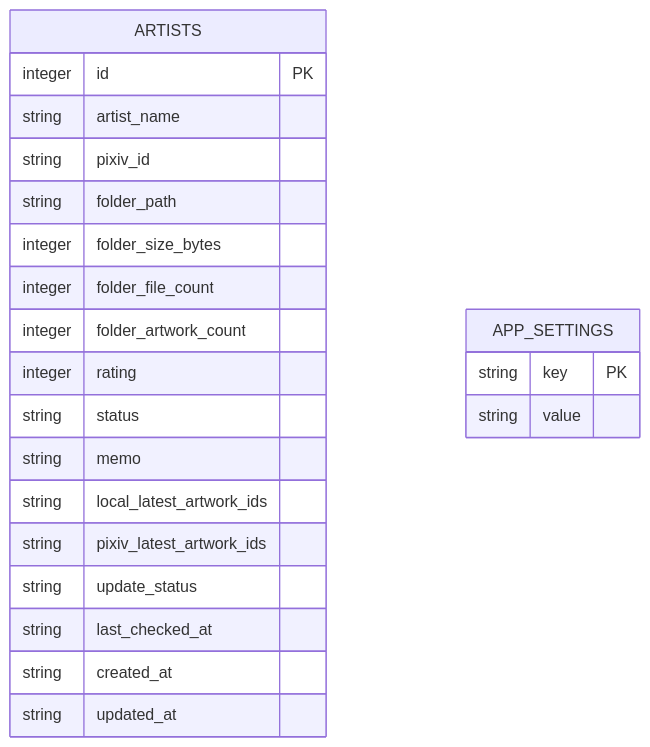
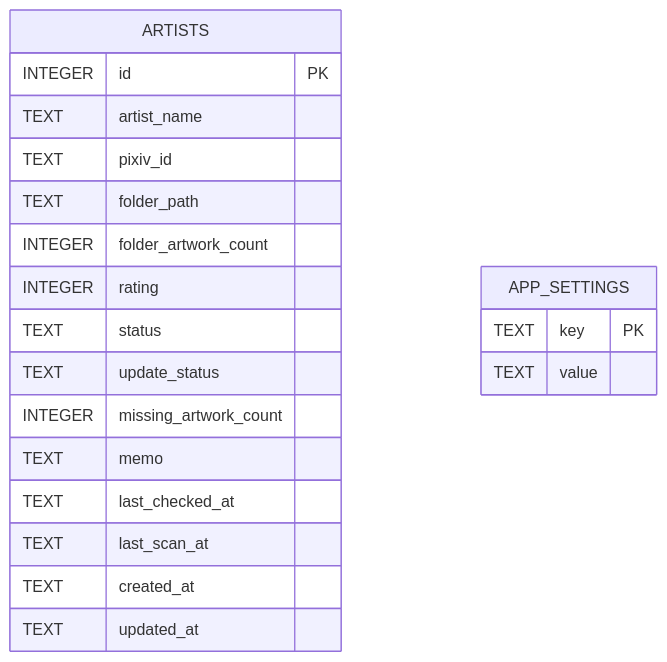
One commit to PKT0623/PixivLocalManager changed the first of 2 diagrams in docs/04_DATABASE.md. Above: the diagram before and after it, drawn with Mermaid. The commit also changed other lines of this file and 11 other files, not shown here.

````diff
--- a/docs/04_DATABASE.md
+++ b/docs/04_DATABASE.md
@@ -36,32 +42,34 @@
 ```mermaid
 erDiagram
 
 ARTISTS {
-    integer id PK
-    string artist_name
-    string pixiv_id
+    INTEGER id PK
 
-    string folder_path
-    integer folder_size_bytes
-    integer folder_file_count
-    integer folder_artwork_count
+    TEXT artist_name
+    TEXT pixiv_id
 
-    integer rating
-    string status
-    string memo
+    TEXT folder_path
 
-    string local_latest_artwork_ids
-    string pixiv_latest_artwork_ids
+    INTEGER folder_artwork_count
 
-    string update_status
-    string last_checked_at
+    INTEGER rating
 
-    string created_at
-    string updated_at
+    TEXT status
+    TEXT update_status
+
+    INTEGER missing_artwork_count
+
+    TEXT memo
+
+    TEXT last_checked_at
+    TEXT last_scan_at
+
+    TEXT created_at
+    TEXT updated_at
 }
 
 APP_SETTINGS {
-    string key PK
-    string value
+    TEXT key PK
+    TEXT value
 }
 ```
````
